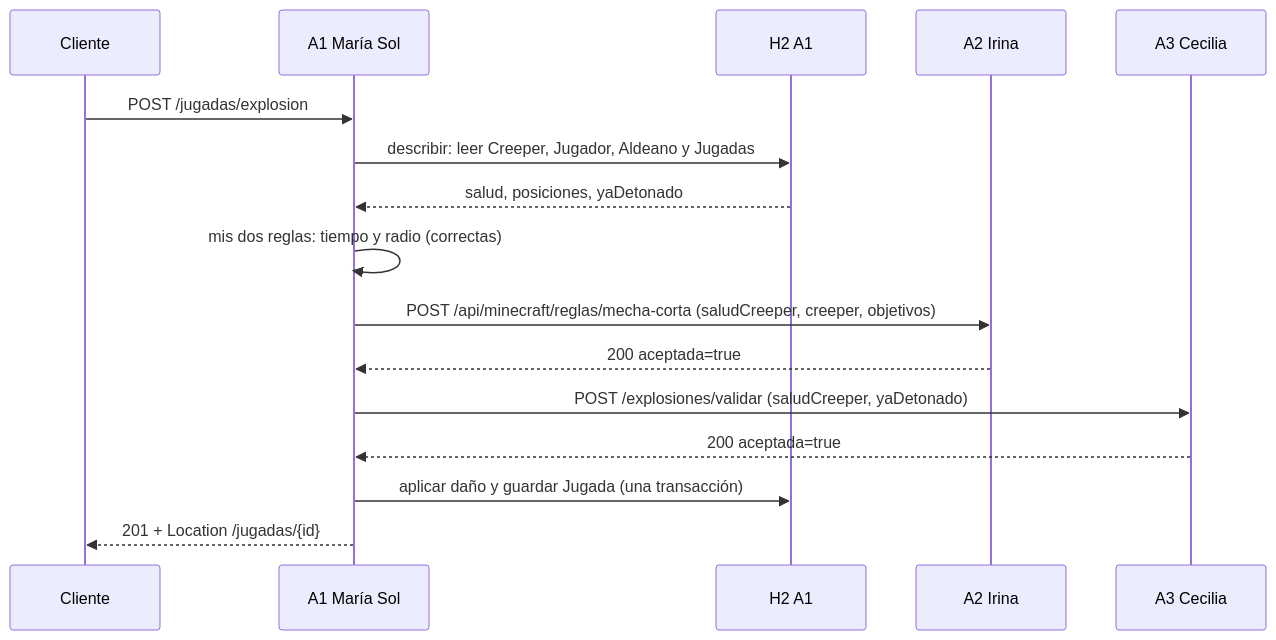
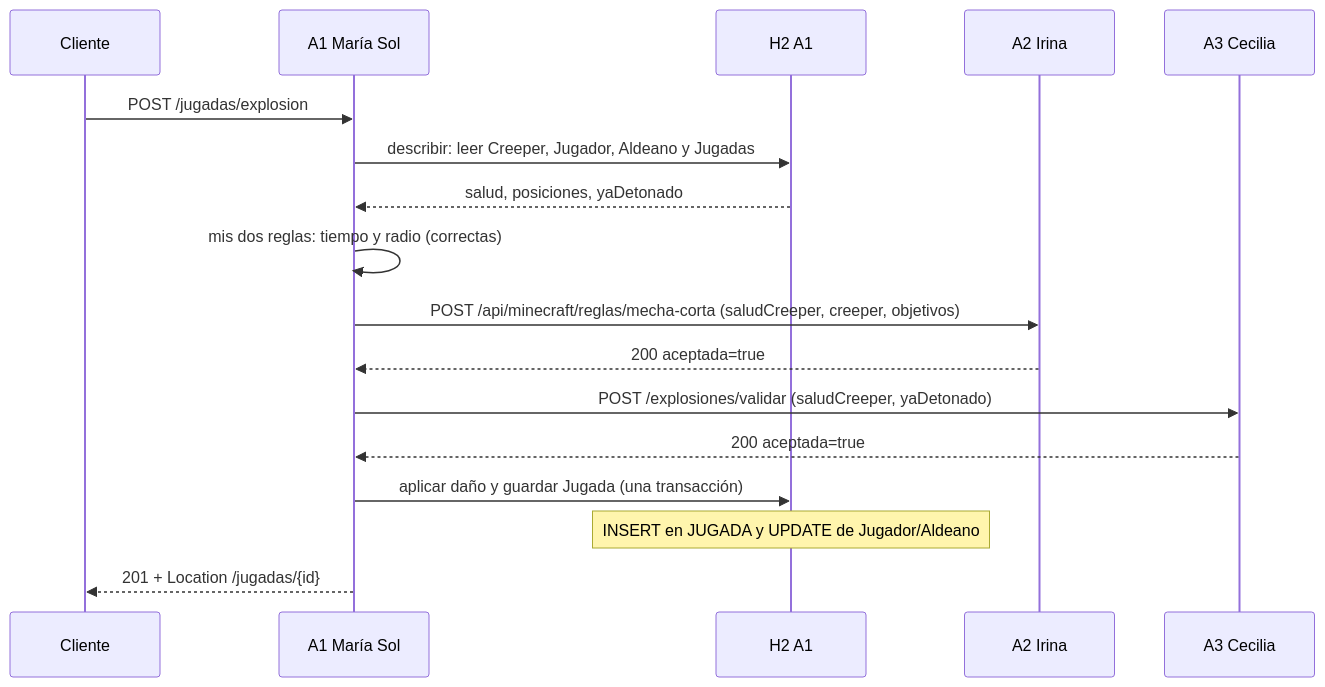
Before and after one commit to MariaSol45/msferreira-tplp3-2026: the first of 6 diagrams in README.md, drawn with Mermaid. The commit also changed other lines of this file and 14 other files, not shown here.

````diff
--- a/README.md
+++ b/README.md
@@ -59,18 +59,19 @@
 ```mermaid
 sequenceDiagram
     participant C as Cliente
     participant A1 as A1 María Sol
     participant H2 as H2 A1
     participant A2 as A2 Irina
     participant A3 as A3 Cecilia
     C->>A1: POST /jugadas/explosion
     A1->>H2: describir: leer Creeper, Jugador, Aldeano y Jugadas
     H2-->>A1: salud, posiciones, yaDetonado
     A1->>A1: mis dos reglas: tiempo y radio (correctas)
     A1->>A2: POST /api/minecraft/reglas/mecha-corta (saludCreeper, creeper, objetivos)
     A2-->>A1: 200 aceptada=true
     A1->>A3: POST /explosiones/validar (saludCreeper, yaDetonado)
     A3-->>A1: 200 aceptada=true
     A1->>H2: aplicar daño y guardar Jugada (una transacción)
+    Note over H2: INSERT en JUGADA y UPDATE de Jugador/Aldeano
     A1-->>C: 201 + Location /jugadas/{id}
 ```
````
